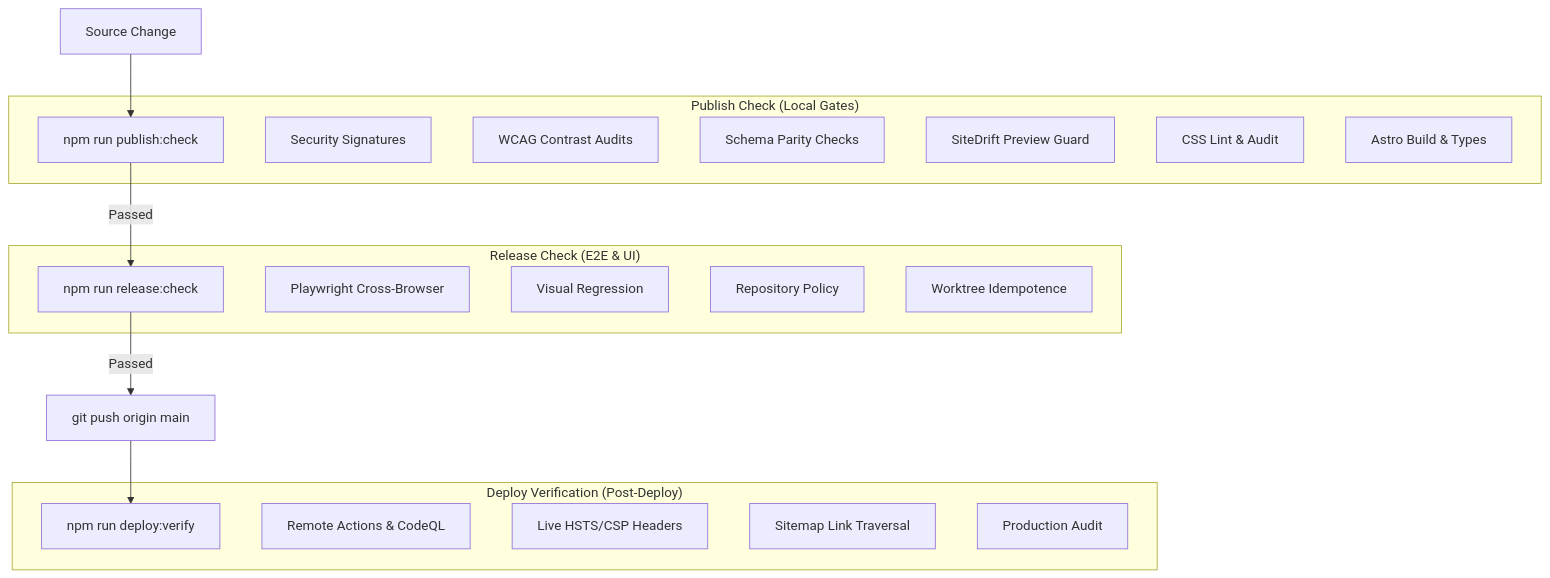
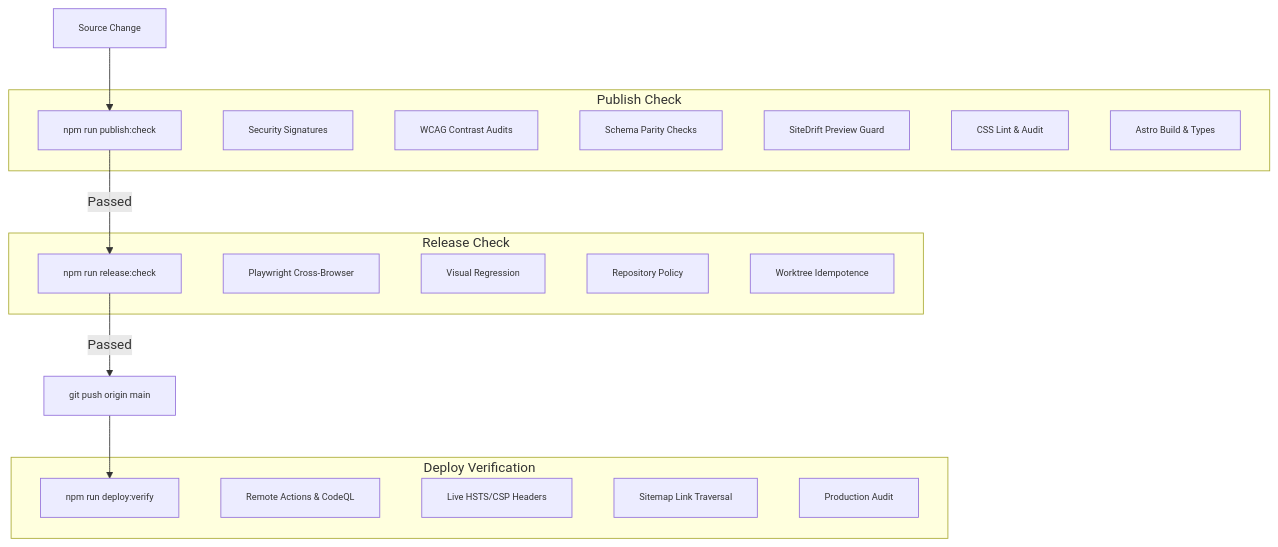
The diagram in README.md (joeseverino/jseverino.com), drawn with Mermaid before and after one commit. The commit also changed 6 other files, not shown here.

First line of the commit message:
doc: restore stable graph syntax and apply font-size scaling to Mermaid

````diff
--- a/README.md
+++ b/README.md
@@ -202,33 +202,35 @@
 ```mermaid
 graph TD
-    A["Source Change  "] --> B
+    A["Source Change"] --> B
     B -->|Passed| C
-    C -->|Passed| D["git push origin main  "]
+    C -->|Passed| D["git push origin main"]
     D --> E
     
-    subgraph publish_check ["Publish Check (Local Gates)  "]
-        B["npm run publish:check  "]
-        B1["Security Signatures  "]
-        B2["WCAG Contrast Audits  "]
-        B3["Schema Parity Checks  "]
-        B4["SiteDrift Preview Guard  "]
-        B5["CSS Lint & Audit  "]
-        B6["Astro Build & Types  "]
+    subgraph publish_check ["Publish Check"]
+        B["npm run publish:check"]
+        B1["Security Signatures"]
+        B2["WCAG Contrast Audits"]
+        B3["Schema Parity Checks"]
+        B4["SiteDrift Preview Guard"]
+        B5["CSS Lint & Audit"]
+        B6["Astro Build & Types"]
     end
 
-    subgraph release_check ["Release Check (E2E & UI)  "]
-        C["npm run release:check  "]
-        C1["Playwright Cross-Browser  "]
-        C2["Visual Regression  "]
-        C3["Repository Policy  "]
-        C4["Worktree Idempotence  "]
+    subgraph release_check ["Release Check"]
+        C["npm run release:check"]
+        C1["Playwright Cross-Browser"]
+        C2["Visual Regression"]
+        C3["Repository Policy"]
+        C4["Worktree Idempotence"]
     end
 
-    subgraph deploy_verify ["Deploy Verification (Post-Deploy)  "]
-        E["npm run deploy:verify  "]
-        E1["Remote Actions & CodeQL  "]
-        E2["Live HSTS/CSP Headers  "]
-        E3["Sitemap Link Traversal  "]
-        E4["Production Audit  "]
+    subgraph deploy_verify ["Deploy Verification"]
+        E["npm run deploy:verify"]
+        E1["Remote Actions & CodeQL"]
+        E2["Live HSTS/CSP Headers"]
+        E3["Sitemap Link Traversal"]
+        E4["Production Audit"]
     end
+
+    classDef default font-size:11px;
 ```
````
